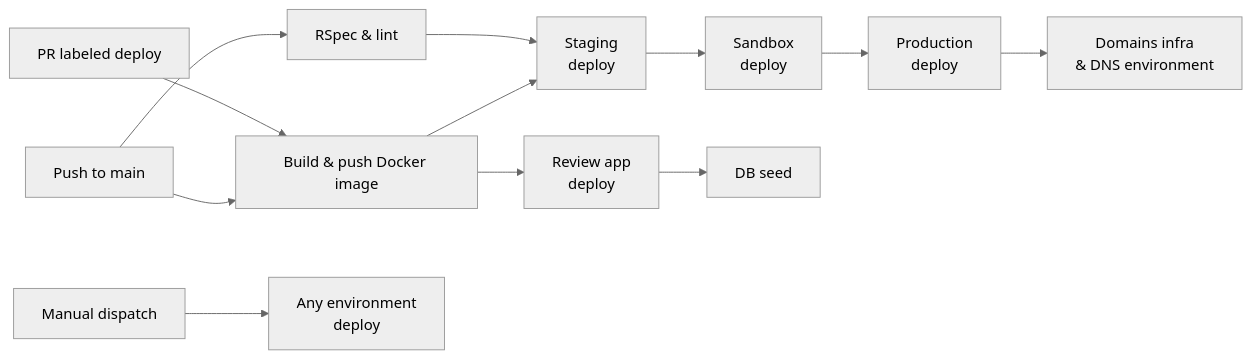
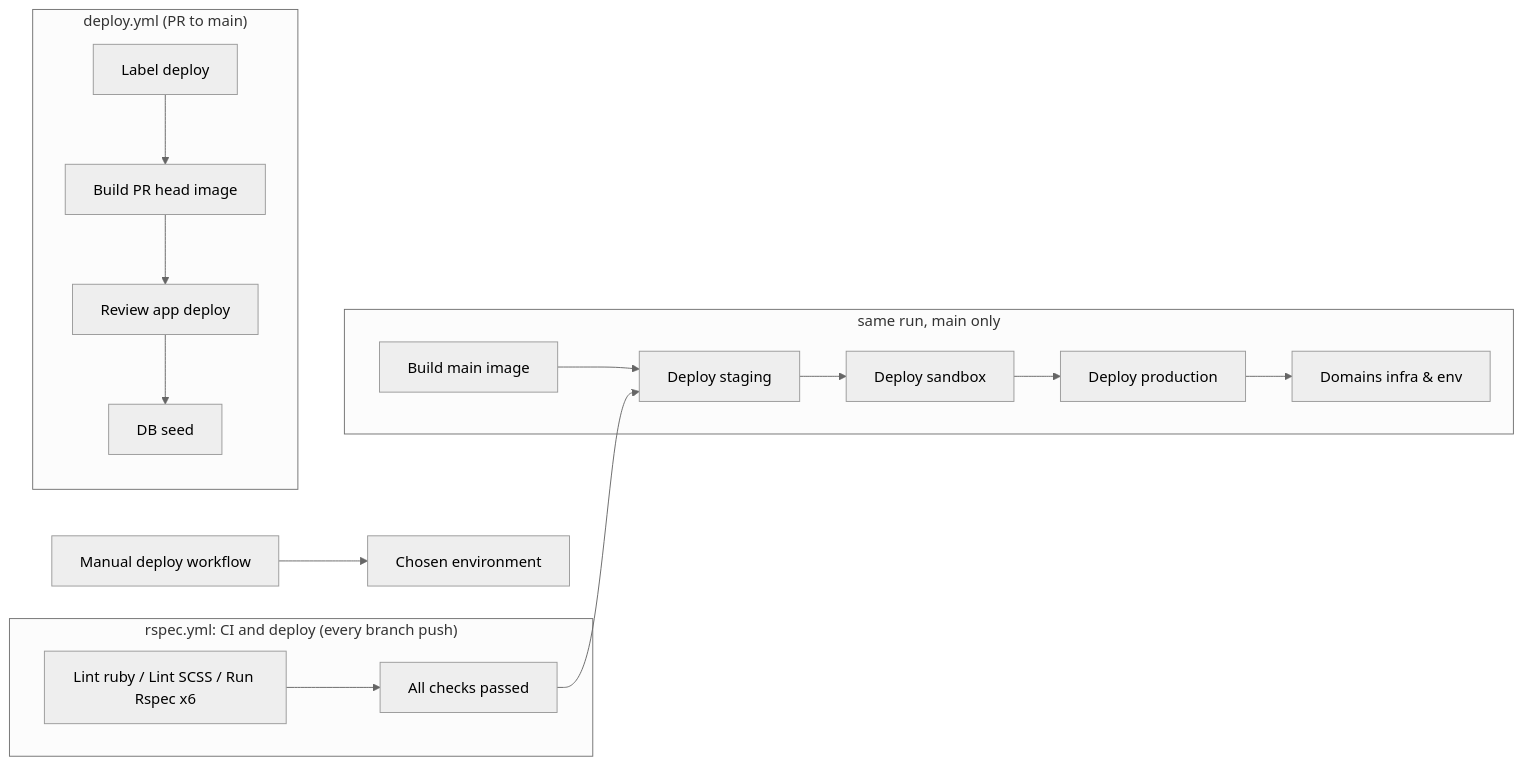
The diagram in documentation/deployment/overview.md (DFE-Digital/teacher-training-entitlement), drawn with Mermaid (neutral theme) before and after one commit. The commit also changed other lines of this file and 6 other files, not shown here.

````diff
--- a/documentation/deployment/overview.md
+++ b/documentation/deployment/overview.md
@@ -9,16 +9,20 @@
 ```mermaid
 flowchart LR
-    A[Push to main] --> B[Build & push Docker image]
-    A --> C[RSpec & lint]
-    B --> D[Staging\ndeploy]
-    C --> D
-    D --> E[Sandbox\ndeploy]
-    E --> F[Production\ndeploy]
-    F --> G[Domains infra\n& DNS environment]
+    subgraph CI["rspec.yml: CI and deploy (every branch push)"]
+        L[Lint ruby / Lint SCSS / Run Rspec x6] --> A[All checks passed]
+    end
+    subgraph MAIN["same run, main only"]
+        B[Build main image] --> D[Deploy staging]
+        A --> D
+        D --> E[Deploy sandbox]
+        E --> F[Deploy production]
+        F --> H2[Domains infra & env]
+    end
 
-    H[PR labeled deploy] --> B
-    B --> I[Review app\ndeploy]
-    I --> J[DB seed]
+    subgraph PR["deploy.yml (PR to main)"]
+        H[Label deploy] --> PB[Build PR head image]
+        PB --> I[Review app deploy] --> J[DB seed]
+    end
 
-    K[Manual dispatch] --> L[Any environment\ndeploy]
+    K[Manual deploy workflow] --> M[Chosen environment]
 ```
````
